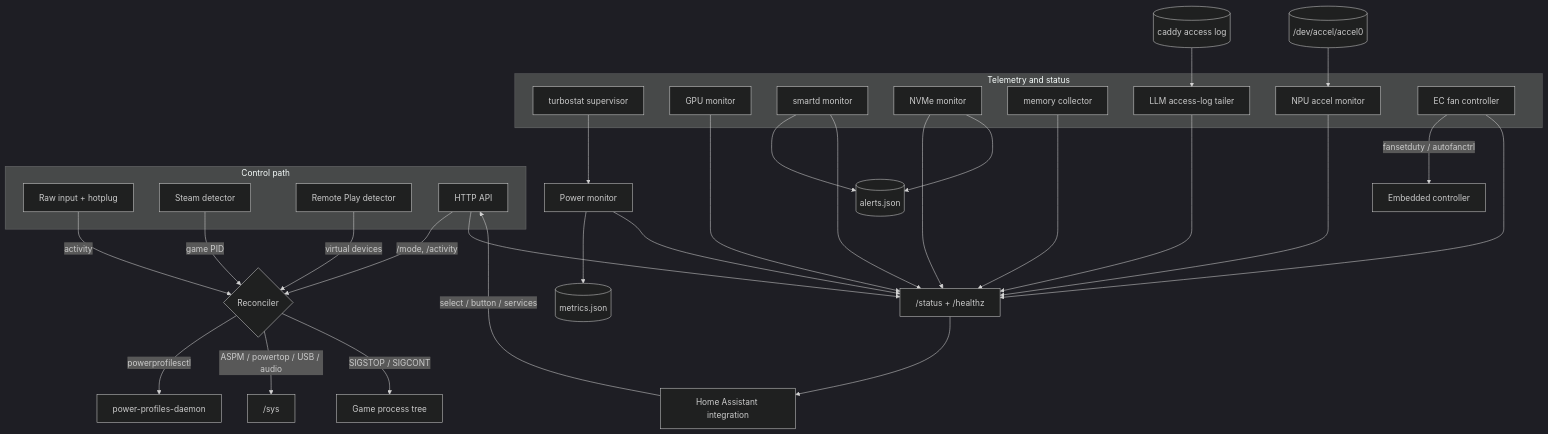
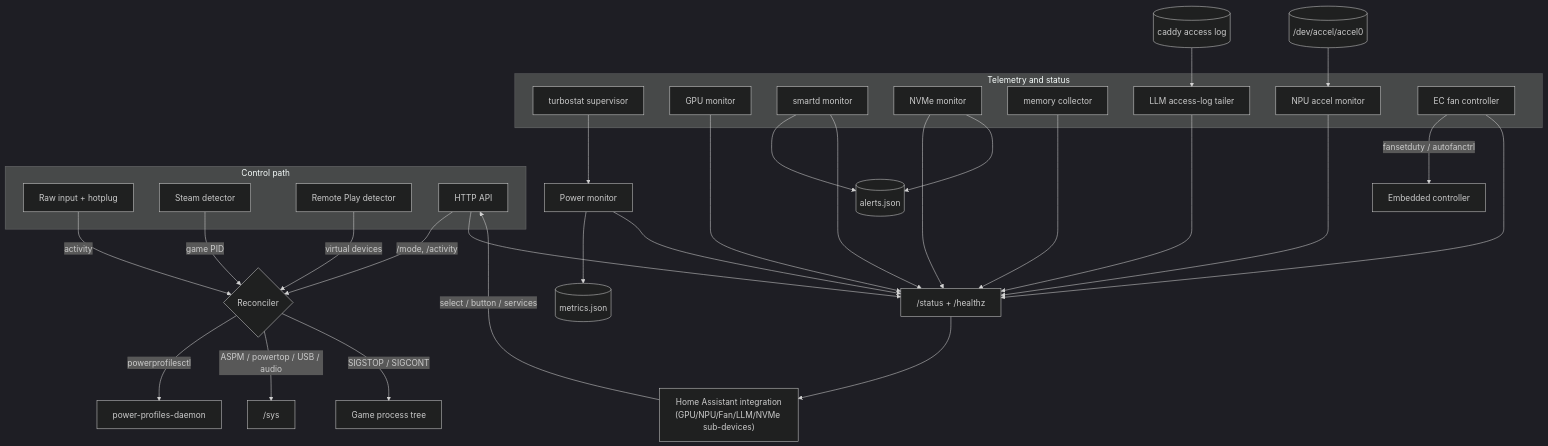
One commit to zaolin/framework-powerd changed the diagram in docs/architecture.md. Above: the diagram before and after it, drawn with Mermaid (dark theme). The commit also changed other lines of this file and 24 other files, not shown here.

First line of the commit message:
feat: group Home Assistant entities and ship 1.9.0 docs

````diff
--- a/docs/architecture.md
+++ b/docs/architecture.md
@@ -27,50 +30,50 @@
 ```mermaid
 flowchart TD
     subgraph Control["Control path"]
         Input["Raw input + hotplug"]
         Steam["Steam detector"]
         Remote["Remote Play detector"]
         API["HTTP API"]
     end
 
     Reconciler{"Reconciler"}
 
     Input -->|"activity"| Reconciler
     Steam -->|"game PID"| Reconciler
     Remote -->|"virtual devices"| Reconciler
     API -->|"/mode, /activity"| Reconciler
 
     Reconciler -->|"powerprofilesctl"| PPD["power-profiles-daemon"]
     Reconciler -->|"ASPM / powertop / USB / audio"| Sysfs["/sys"]
     Reconciler -->|"SIGSTOP / SIGCONT"| Pauser["Game process tree"]
 
     subgraph Telemetry["Telemetry and status"]
         Turbo["turbostat supervisor"]
         GPU["GPU monitor"]
         SMART["smartd monitor"]
         NVMe["NVMe monitor"]
         Mem["memory collector"]
         LLM["LLM access-log tailer"]
         NPU["NPU accel monitor"]
         Fan["EC fan controller"]
     end
 
     Turbo --> PowerMon["Power monitor"]
     PowerMon --> Metrics[("metrics.json")]
     PowerMon --> Status["/status + /healthz"]
     GPU --> Status
     SMART --> Alerts[("alerts.json")]
     SMART --> Status
     NVMe --> Status
     NVMe --> Alerts
     Mem --> Status
     CaddyLog[("caddy access log")] --> LLM
     LLM --> Status
     AccelDev[("/dev/accel/accel0")] --> NPU
     NPU --> Status
     Fan -->|"fansetduty / autofanctrl"| EC["Embedded controller"]
     Fan --> Status
     API --> Status
-    Status --> HA["Home Assistant integration"]
+    Status --> HA["Home Assistant integration\n(GPU/NPU/Fan/LLM/NVMe sub-devices)"]
     HA -->|"select / button / services"| API
 ```
````
